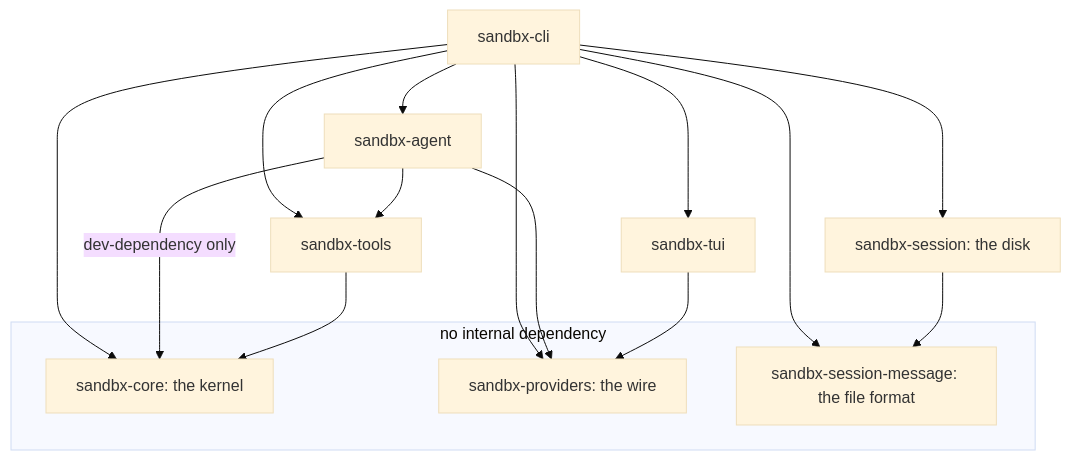
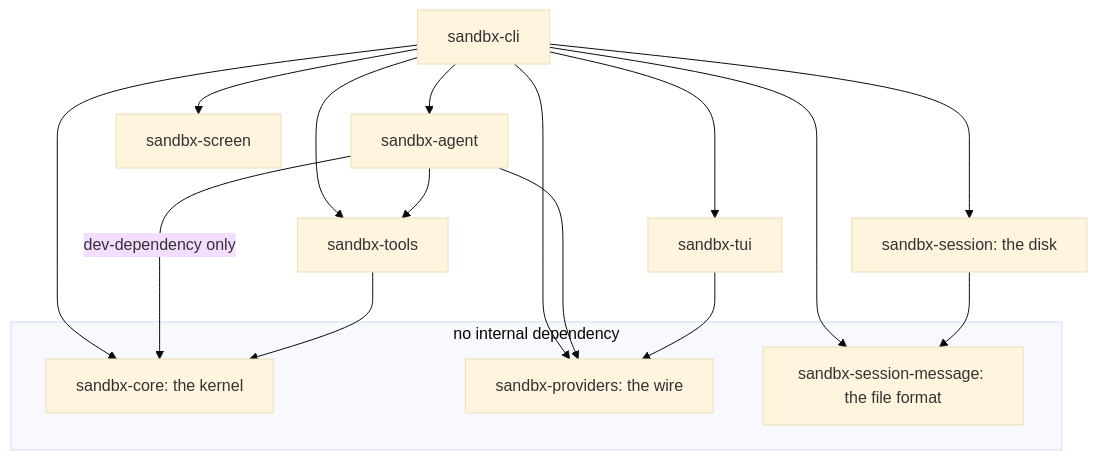
One commit to danczw/sandbx changed the diagram in context/onboarding/05-seven-crates.md. Above: the diagram before and after it, drawn with Mermaid (base theme). The commit also changed other lines of this file and 17 other files, not shown here.

````diff
--- a/context/onboarding/05-seven-crates.md
+++ b/context/onboarding/05-seven-crates.md
@@ -25,21 +25,22 @@
 ```mermaid
 flowchart TD
     subgraph leaves["no internal dependency"]
         core["sandbx-core: the kernel"]
         providers["sandbx-providers: the wire"]
         message["sandbx-session-message: the file format"]
     end
     cli["sandbx-cli"] --> agent["sandbx-agent"]
+    cli --> screen["sandbx-screen"]
     cli --> tui["sandbx-tui"]
     cli --> session["sandbx-session: the disk"]
     cli --> message
     session --> message
     cli --> providers
     cli --> tools["sandbx-tools"]
     cli --> core
     agent --> providers
     agent --> tools
     agent -->|"dev-dependency only"| core
     tui --> providers
     tools --> core
 ```
````
